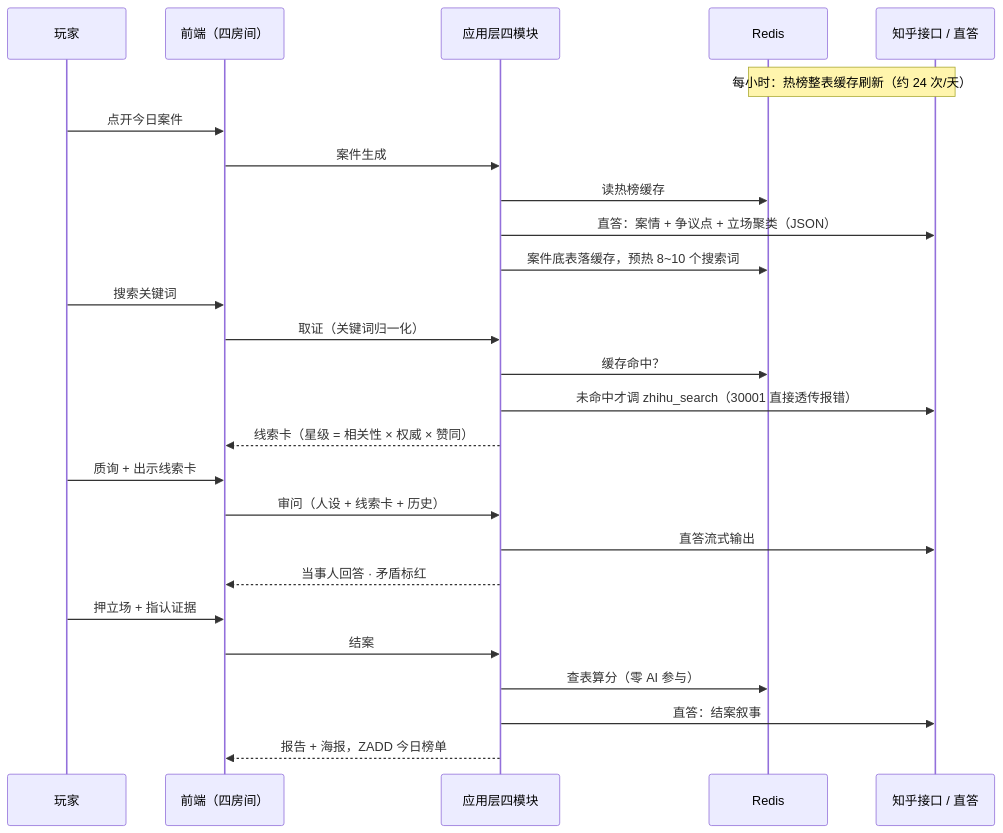
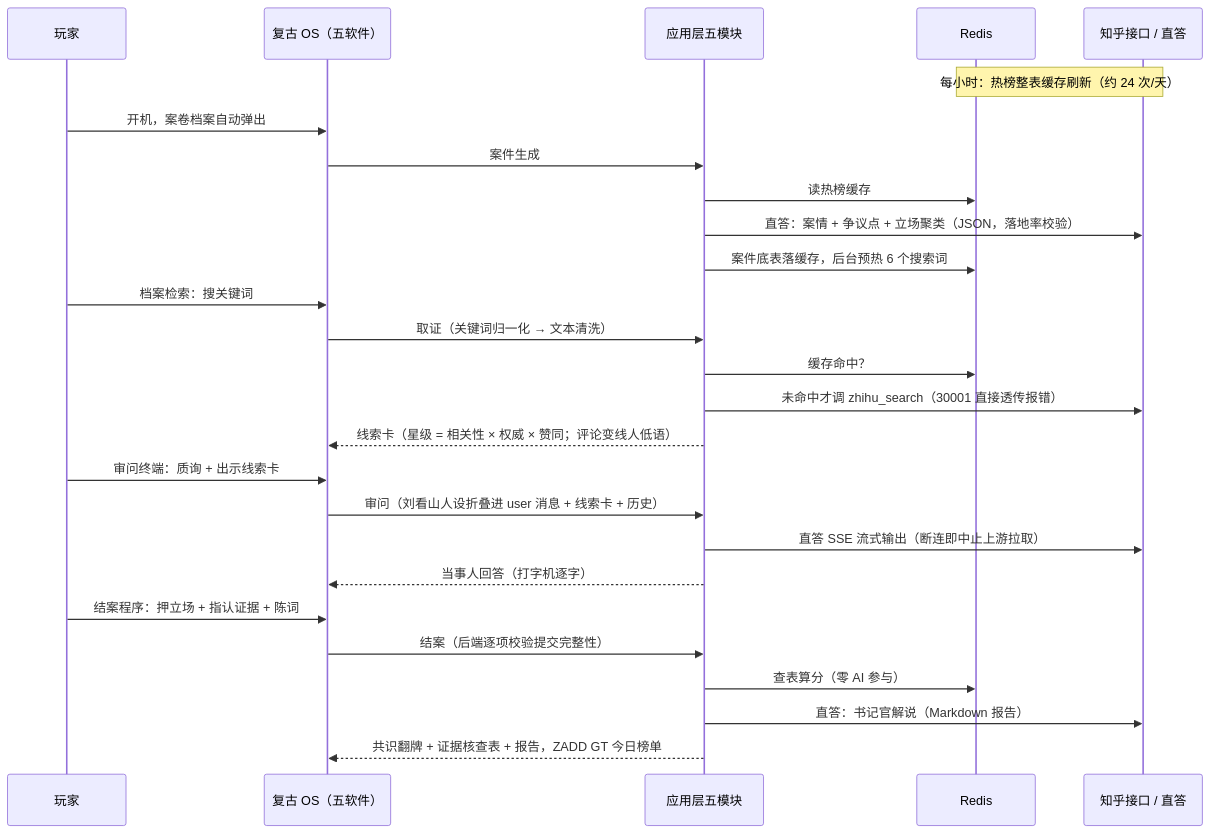
One commit to ShiYioo/trending-mystery changed the second of 2 diagrams in README.md. Above: the diagram before and after it, drawn with Mermaid. The commit also changed other lines of this file and 1 other file, not shown here.

Commit message:
docs: README 全面重构——复古电脑世界观、真实技术选型纠错、直答实测三条、刘看山生态位、如实路线图

````diff
--- a/README.md
+++ b/README.md
@@ -207,29 +226,29 @@
 ```mermaid
 sequenceDiagram
     participant P as 玩家
-    participant F as 前端（四房间）
-    participant S as 应用层四模块
+    participant F as 复古 OS（五软件）
+    participant S as 应用层五模块
     participant R as Redis
     participant Z as 知乎接口 / 直答
 
     Note over R,Z: 每小时：热榜整表缓存刷新（约 24 次/天）
-    P->>F: 点开今日案件
+    P->>F: 开机，案卷档案自动弹出
     F->>S: 案件生成
     S->>R: 读热榜缓存
-    S->>Z: 直答：案情 + 争议点 + 立场聚类（JSON）
-    S->>R: 案件底表落缓存，预热 8~10 个搜索词
-    P->>F: 搜索关键词
-    F->>S: 取证（关键词归一化）
+    S->>Z: 直答：案情 + 争议点 + 立场聚类（JSON，落地率校验）
+    S->>R: 案件底表落缓存，后台预热 6 个搜索词
+    P->>F: 档案检索：搜关键词
+    F->>S: 取证（关键词归一化 → 文本清洗）
     S->>R: 缓存命中？
     S->>Z: 未命中才调 zhihu_search（30001 直接透传报错）
-    S-->>F: 线索卡（星级 = 相关性 × 权威 × 赞同）
-    P->>F: 质询 + 出示线索卡
-    F->>S: 审问（人设 + 线索卡 + 历史）
-    S->>Z: 直答流式输出
-    S-->>F: 当事人回答 · 矛盾标红
-    P->>F: 押立场 + 指认证据
-    F->>S: 结案
+    S-->>F: 线索卡（星级 = 相关性 × 权威 × 赞同；评论变线人低语）
+    P->>F: 审问终端：质询 + 出示线索卡
+    F->>S: 审问（刘看山人设折叠进 user 消息 + 线索卡 + 历史）
+    S->>Z: 直答 SSE 流式输出（断连即中止上游拉取）
+    S-->>F: 当事人回答（打字机逐字）
+    P->>F: 结案程序：押立场 + 指认证据 + 陈词
+    F->>S: 结案（后端逐项校验提交完整性）
     S->>R: 查表算分（零 AI 参与）
-    S->>Z: 直答：结案叙事
-    S-->>F: 报告 + 海报，ZADD 今日榜单
+    S->>Z: 直答：书记官解说（Markdown 报告）
+    S-->>F: 共识翻牌 + 证据核查表 + 报告，ZADD GT 今日榜单
 ```
````
